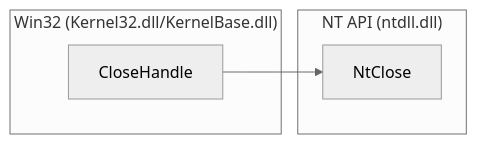
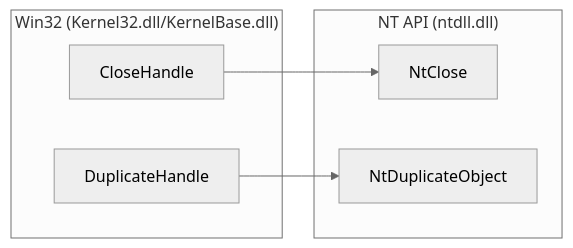
One commit to Sewer56/vfs-writeup changed the tenth of 11 diagrams in docs/index.md. Above: the diagram before and after it, drawn with Mermaid (neutral theme). The commit also changed other lines of this file, not shown here.

Commit message:
Added: NtDuplicateObject API, including Layer 2. Moved NtQueryFullAttributesFile to Layer 1

````diff
--- a/docs/index.md
+++ b/docs/index.md
@@ -703,13 +703,16 @@
 ```mermaid
 flowchart LR
     subgraph Win32["Win32 (Kernel32.dll/KernelBase.dll)"]
     CloseHandle
+    DuplicateHandle
 
     end
 
     subgraph NT["NT API (ntdll.dll)"]
     NtClose
+    NtDuplicateObject
 
     CloseHandle --> NtClose
+    DuplicateHandle --> NtDuplicateObject
     end
 ```
````
